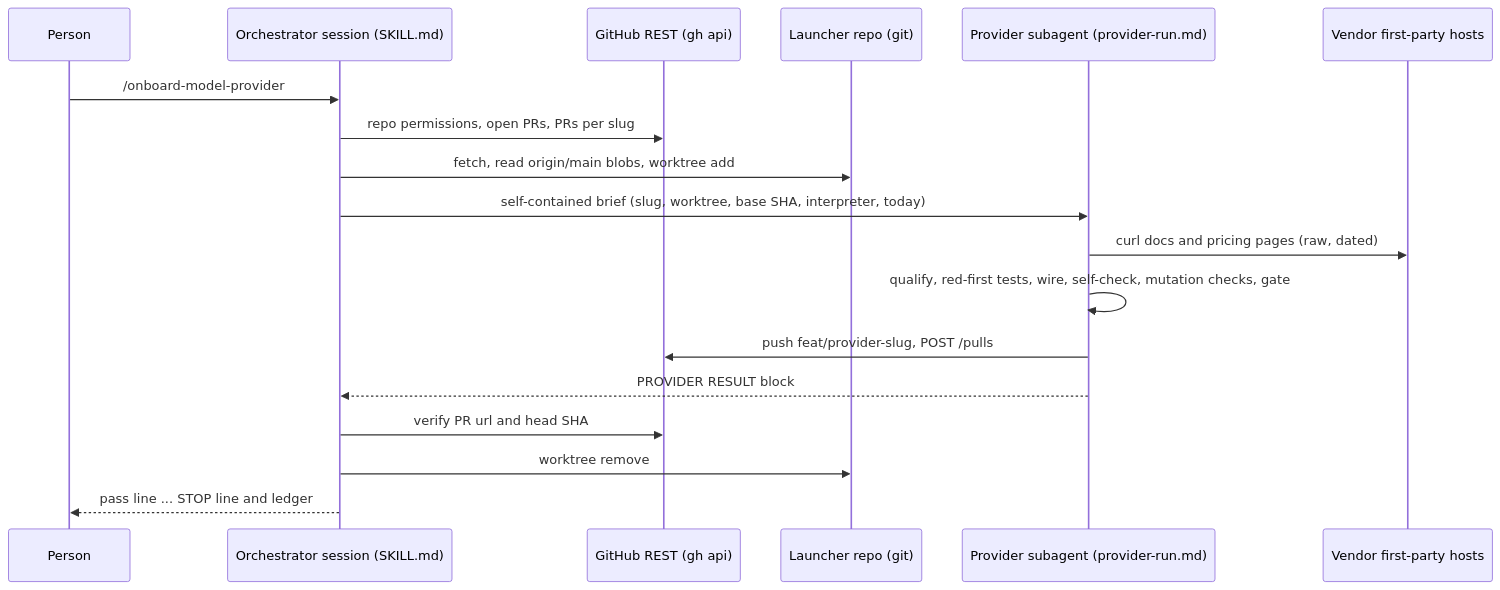
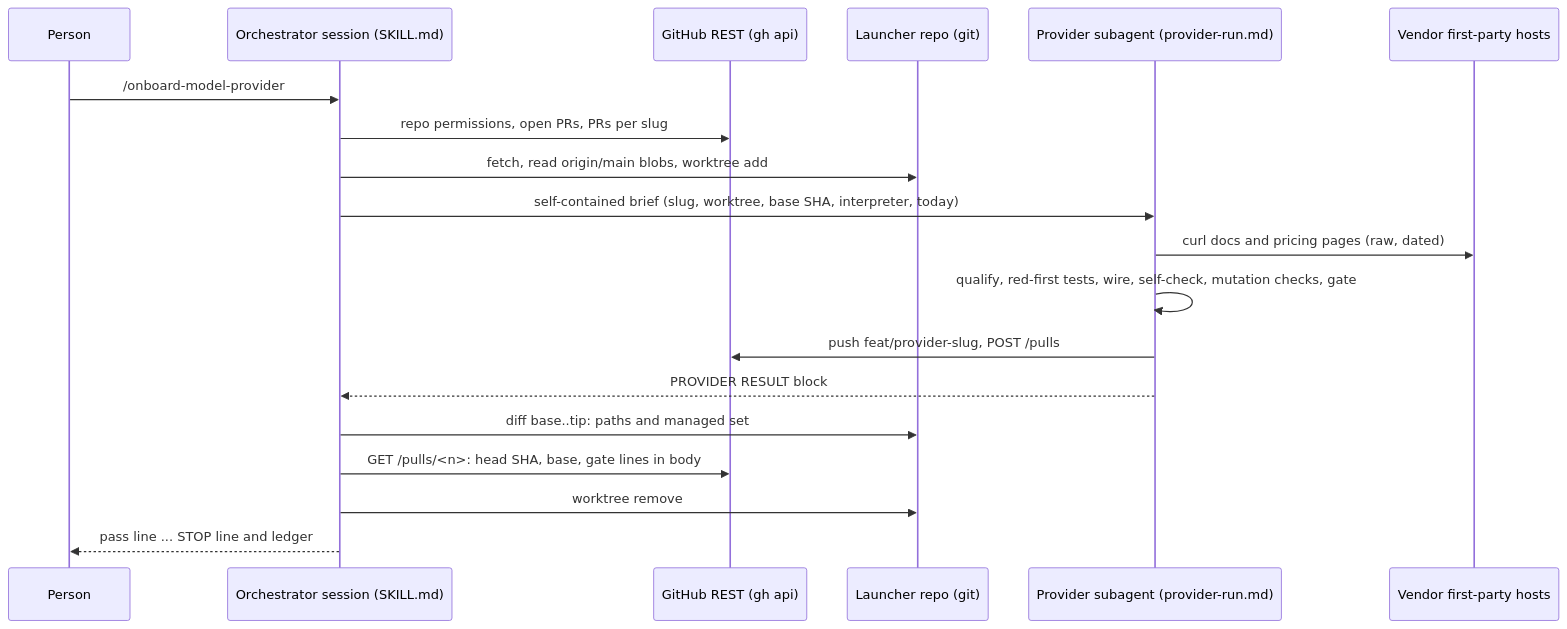
The second of 2 diagrams in docs/spec/provider-onboarding-skill/spec.md (cerredz/Vidbyte-SDK), drawn with Mermaid before and after one commit. The commit also changed other lines of this file and 1 other file, not shown here.

````diff
--- a/docs/spec/provider-onboarding-skill/spec.md
+++ b/docs/spec/provider-onboarding-skill/spec.md
@@ -154,20 +156,21 @@
 ```mermaid
 sequenceDiagram
   participant P as Person
   participant O as Orchestrator session (SKILL.md)
   participant G as GitHub REST (gh api)
   participant R as Launcher repo (git)
   participant S as Provider subagent (provider-run.md)
   participant V as Vendor first-party hosts
   P->>O: /onboard-model-provider
   O->>G: repo permissions, open PRs, PRs per slug
   O->>R: fetch, read origin/main blobs, worktree add
   O->>S: self-contained brief (slug, worktree, base SHA, interpreter, today)
   S->>V: curl docs and pricing pages (raw, dated)
   S->>S: qualify, red-first tests, wire, self-check, mutation checks, gate
   S->>G: push feat/provider-slug, POST /pulls
   S-->>O: PROVIDER RESULT block
-  O->>G: verify PR url and head SHA
+  O->>R: diff base..tip: paths and managed set
+  O->>G: GET /pulls/<n>: head SHA, base, gate lines in body
   O->>R: worktree remove
   O-->>P: pass line ... STOP line and ledger
 ```
````
